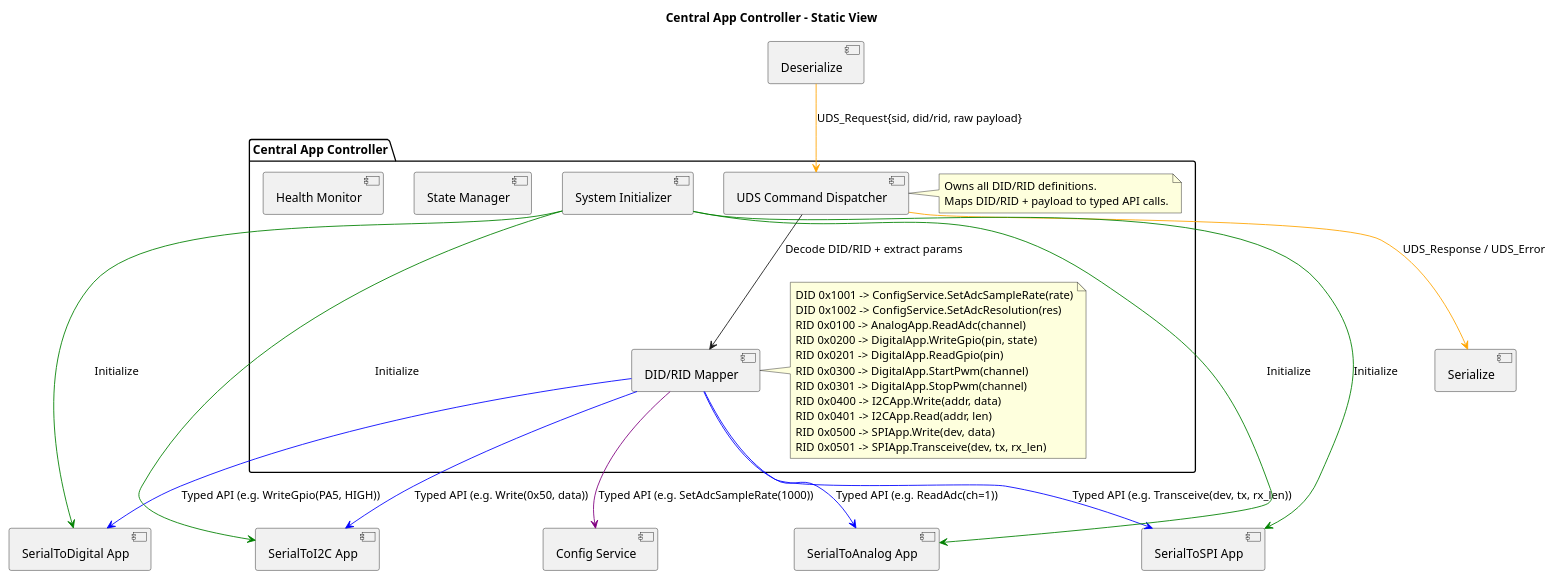
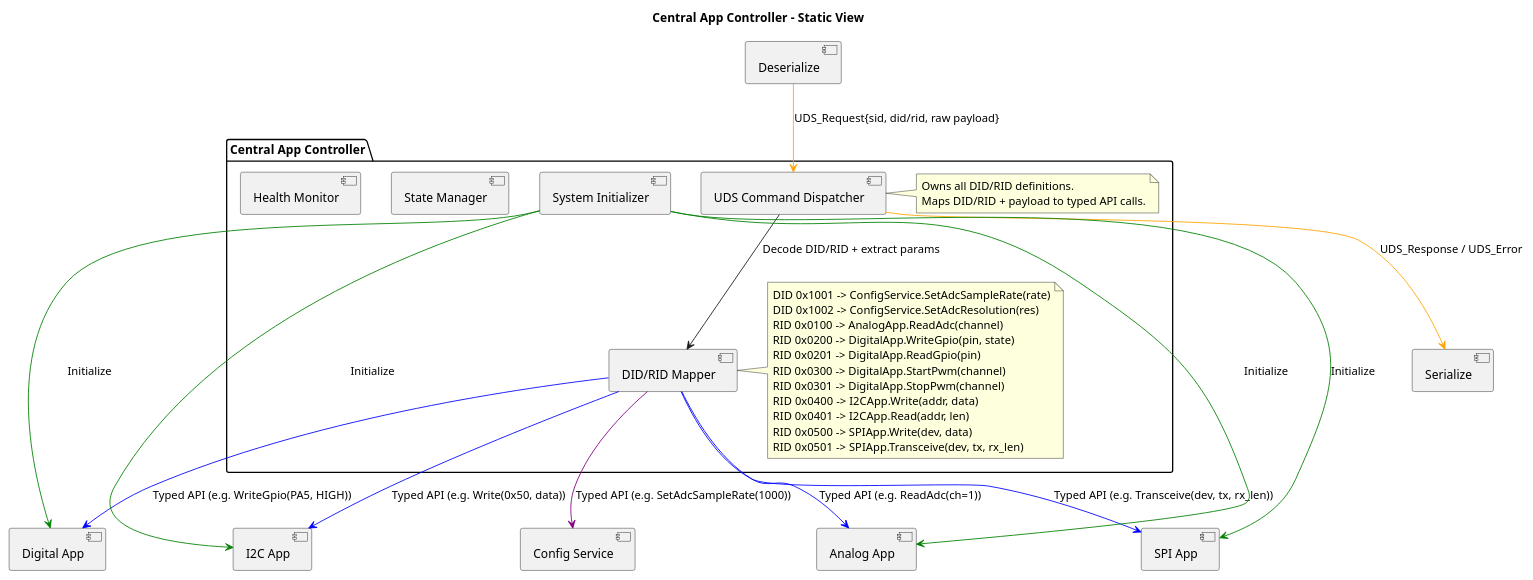
The diagram in 2_architecture/fucntionView/layer3Application/centralAppController/staticView.puml (LinhTrucVo/Bico_Protocol_Bridge), drawn with PlantUML before and after one commit. The commit also changed 208 other files, not shown here.

Commit message:
replace the name for serialToAnalogApp, serialToDigitalApp, serialToI2CApp, serialToSPIApp to the new name without "serialTo"

```diff
--- a/2_architecture/fucntionView/layer3Application/centralAppController/staticView.puml
+++ b/2_architecture/fucntionView/layer3Application/centralAppController/staticView.puml
@@ -1,51 +1,51 @@
 @startuml
 
 title Central App Controller - Static View
 
 package "Central App Controller" {
     [System Initializer] as init
     [UDS Command Dispatcher] as dispatcher
     note right of dispatcher
         Owns all DID/RID definitions.
         Maps DID/RID + payload to typed API calls.
     end note
     [DID/RID Mapper] as mapper
     note right of mapper
         DID 0x1001 -> ConfigService.SetAdcSampleRate(rate)
         DID 0x1002 -> ConfigService.SetAdcResolution(res)
         RID 0x0100 -> AnalogApp.ReadAdc(channel)
         RID 0x0200 -> DigitalApp.WriteGpio(pin, state)
         RID 0x0201 -> DigitalApp.ReadGpio(pin)
         RID 0x0300 -> DigitalApp.StartPwm(channel)
         RID 0x0301 -> DigitalApp.StopPwm(channel)
         RID 0x0400 -> I2CApp.Write(addr, data)
         RID 0x0401 -> I2CApp.Read(addr, len)
         RID 0x0500 -> SPIApp.Write(dev, data)
         RID 0x0501 -> SPIApp.Transceive(dev, tx, rx_len)
     end note
     [State Manager] as stateMgr
     [Health Monitor] as watchdog
 }
 
-[SerialToAnalog App] as analogApp
-[SerialToDigital App] as digitalApp
-[SerialToI2C App] as i2cApp
-[SerialToSPI App] as spiApp
+[Analog App] as analogApp
+[Digital App] as digitalApp
+[I2C App] as i2cApp
+[SPI App] as spiApp
 [Deserialize] as deserialize
 [Serialize] as serialize
 [Config Service] as configService
 
 deserialize -[#orange]-> dispatcher : UDS_Request{sid, did/rid, raw payload}
 dispatcher --> mapper : Decode DID/RID + extract params
 mapper -[#purple]-> configService : Typed API (e.g. SetAdcSampleRate(1000))
 mapper -[#blue]-> analogApp : Typed API (e.g. ReadAdc(ch=1))
 mapper -[#blue]-> digitalApp : Typed API (e.g. WriteGpio(PA5, HIGH))
 mapper -[#blue]-> i2cApp : Typed API (e.g. Write(0x50, data))
 mapper -[#blue]-> spiApp : Typed API (e.g. Transceive(dev, tx, rx_len))
 dispatcher -[#orange]-> serialize : UDS_Response / UDS_Error
 init -[#green]-> analogApp : Initialize
 init -[#green]-> digitalApp : Initialize
 init -[#green]-> i2cApp : Initialize
 init -[#green]-> spiApp : Initialize
 
 @enduml
```
